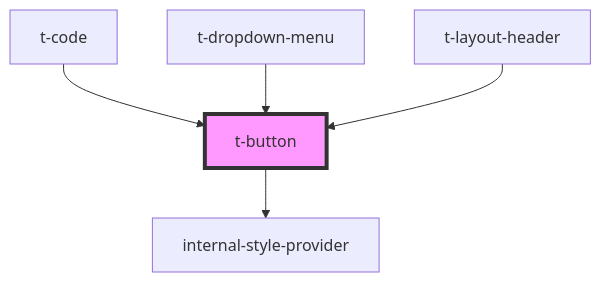
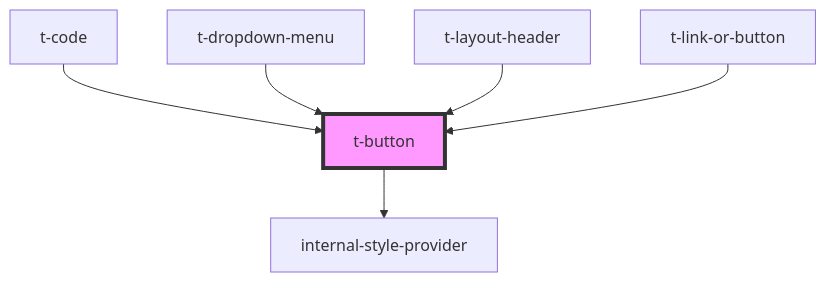
One commit to TomasEng/web-components changed the diagram in packages/t-web-components/src/components/t-button/readme.md. Above: the diagram before and after it, drawn with Mermaid. The commit also changed other lines of this file and 25 other files, not shown here.

````diff
--- a/packages/t-web-components/src/components/t-button/readme.md
+++ b/packages/t-web-components/src/components/t-button/readme.md
@@ -30,8 +52,9 @@
 ```mermaid
 graph TD;
   t-button --> internal-style-provider
   t-code --> t-button
   t-dropdown-menu --> t-button
   t-layout-header --> t-button
+  t-link-or-button --> t-button
   style t-button fill:#f9f,stroke:#333,stroke-width:4px
 ```
````
